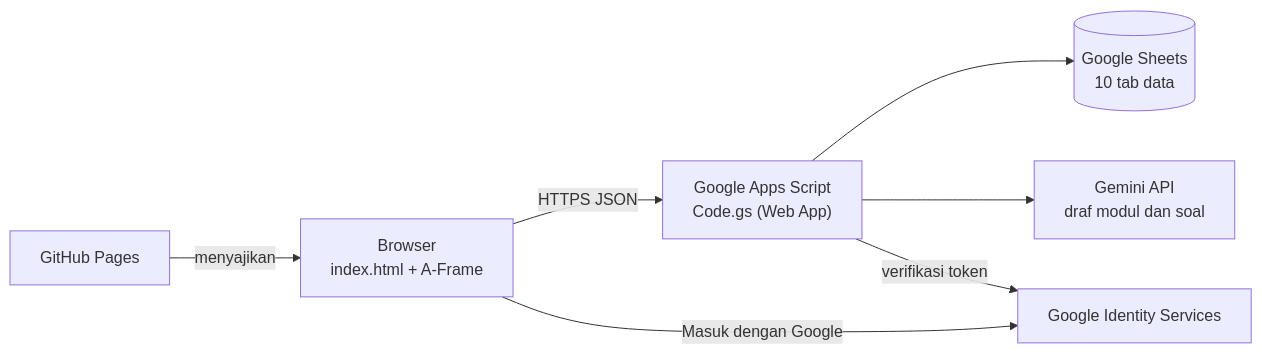
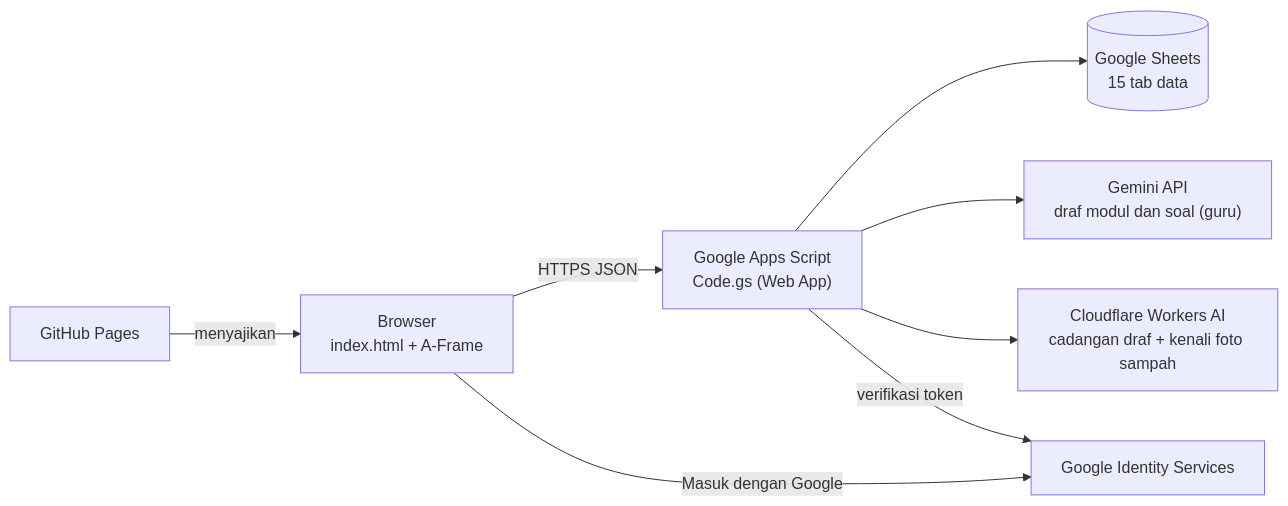
Before and after one commit to diahayu88/kelas_raudhah: the diagram in README.md, drawn with Mermaid. The commit also changed other lines of this file and 3 other files, not shown here.

````diff
--- a/README.md
+++ b/README.md
@@ -83,9 +104,10 @@
 ```mermaid
 flowchart LR
   A["Browser<br/>index.html + A-Frame"] -->|HTTPS JSON| B["Google Apps Script<br/>Code.gs (Web App)"]
-  B --> C[("Google Sheets<br/>10 tab data")]
-  B --> D["Gemini API<br/>draf modul dan soal"]
+  B --> C[("Google Sheets<br/>15 tab data")]
+  B --> D["Gemini API<br/>draf modul dan soal (guru)"]
+  B --> G["Cloudflare Workers AI<br/>cadangan draf + kenali foto sampah"]
   A -->|Masuk dengan Google| E["Google Identity Services"]
   B -->|verifikasi token| E
   F["GitHub Pages"] -->|menyajikan| A
 ```
````
